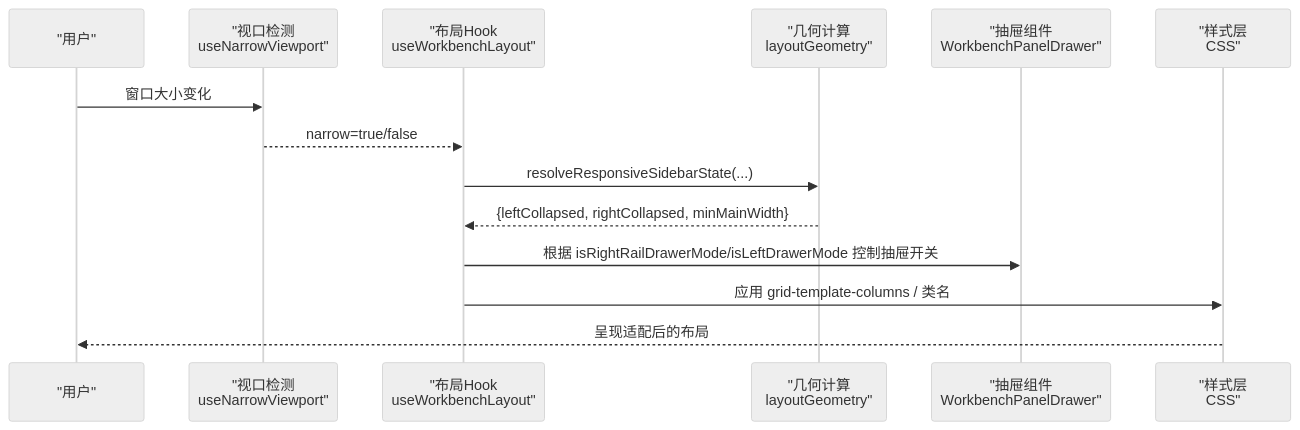
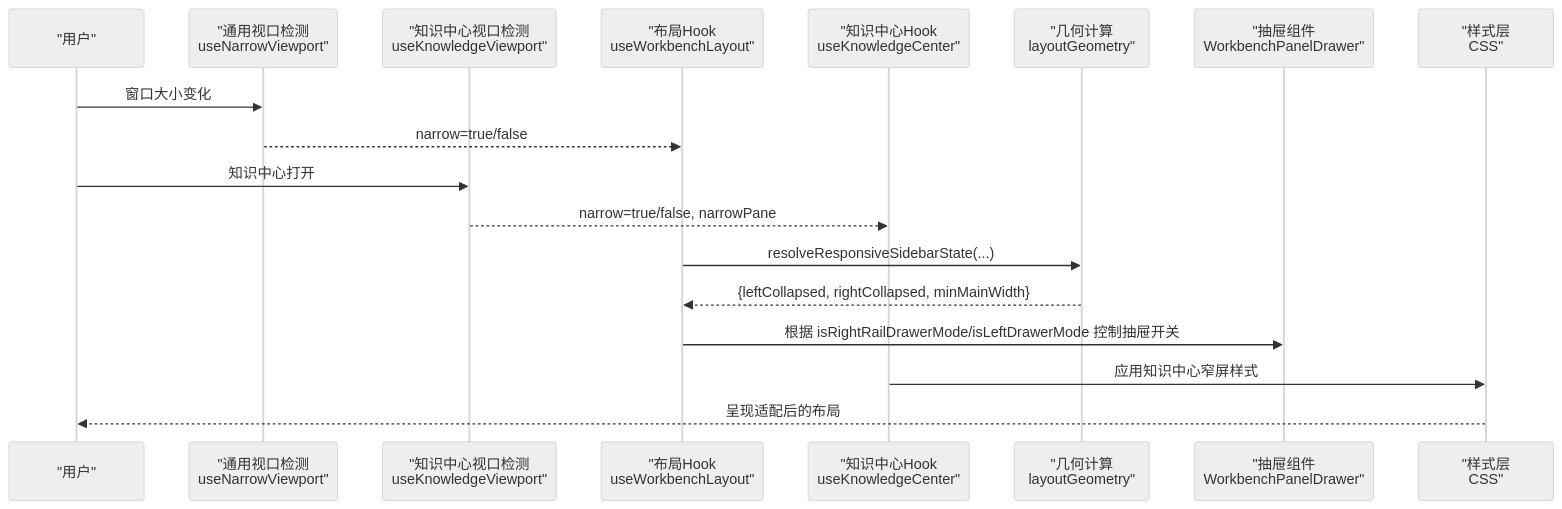
Before and after one commit to haolange/RDC-Agent: the second of 4 diagrams in .qoder/repowiki/zh/content/架构设计/渲染器架构/UI 特性/响应式设计.md, drawn with Mermaid (neutral theme). The commit also changed other lines of this file and 85 other files, not shown here.

````diff
--- a/.qoder/repowiki/zh/content/架构设计/渲染器架构/UI 特性/响应式设计.md
+++ b/.qoder/repowiki/zh/content/架构设计/渲染器架构/UI 特性/响应式设计.md
@@ -103,16 +113,20 @@
 ```mermaid
 sequenceDiagram
 participant U as "用户"
-participant V as "视口检测<br/>useNarrowViewport"
+participant V as "通用视口检测<br/>useNarrowViewport"
+participant KV as "知识中心视口检测<br/>useKnowledgeViewport"
 participant L as "布局Hook<br/>useWorkbenchLayout"
+participant KC as "知识中心Hook<br/>useKnowledgeCenter"
 participant G as "几何计算<br/>layoutGeometry"
 participant D as "抽屉组件<br/>WorkbenchPanelDrawer"
 participant S as "样式层<br/>CSS"
 U->>V : 窗口大小变化
 V-->>L : narrow=true/false
+U->>KV : 知识中心打开
+KV-->>KC : narrow=true/false, narrowPane
 L->>G : resolveResponsiveSidebarState(...)
 G-->>L : {leftCollapsed, rightCollapsed, minMainWidth}
 L->>D : 根据 isRightRailDrawerMode/isLeftDrawerMode 控制抽屉开关
-L->>S : 应用 grid-template-columns / 类名
+KC->>S : 应用知识中心窄屏样式
 S-->>U : 呈现适配后的布局
 ```
````
